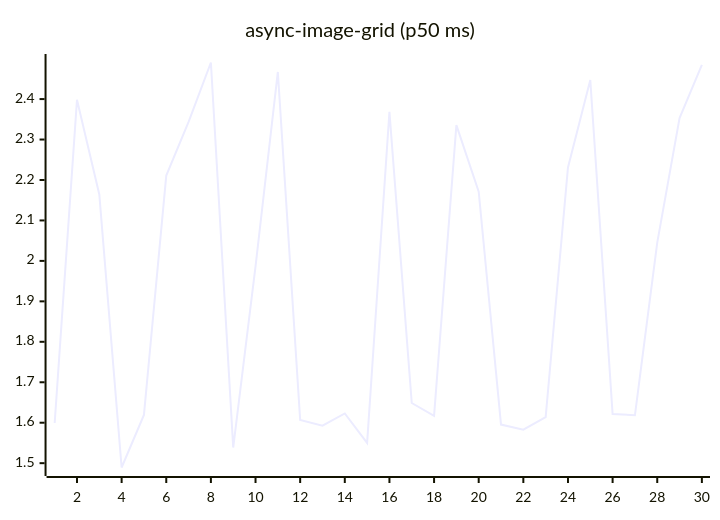
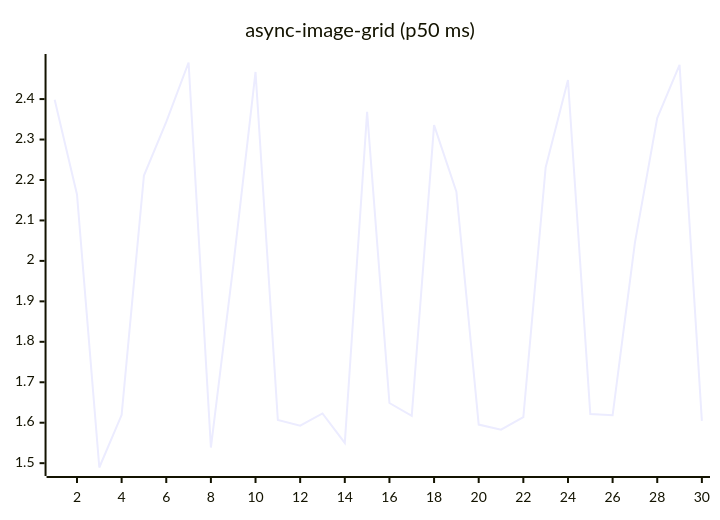
The fifth of 27 diagrams in README.md (josha/Facet), drawn with Mermaid before and after one commit. The commit also changed other lines of this file and 2 other files, not shown here.

````diff
--- a/README.md
+++ b/README.md
@@ -91,6 +91,6 @@
 ```mermaid
 xychart-beta
     title "async-image-grid (p50 ms)"
     x-axis 1 --> 30
-    line [1.5994, 2.3982, 2.1641, 1.4893, 1.6193, 2.2110, 2.3435, 2.4904, 1.5386, 1.9864, 2.4670, 1.6066, 1.5928, 1.6229, 1.5501, 2.3685, 1.6487, 1.6169, 2.3355, 2.1710, 1.5954, 1.5829, 1.6137, 2.2308, 2.4470, 1.6216, 1.6184, 2.0452, 2.3531, 2.4847]
+    line [2.3982, 2.1641, 1.4893, 1.6193, 2.2110, 2.3435, 2.4904, 1.5386, 1.9864, 2.4670, 1.6066, 1.5928, 1.6229, 1.5501, 2.3685, 1.6487, 1.6169, 2.3355, 2.1710, 1.5954, 1.5829, 1.6137, 2.2308, 2.4470, 1.6216, 1.6184, 2.0452, 2.3531, 2.4847, 1.6045]
 ```
````
